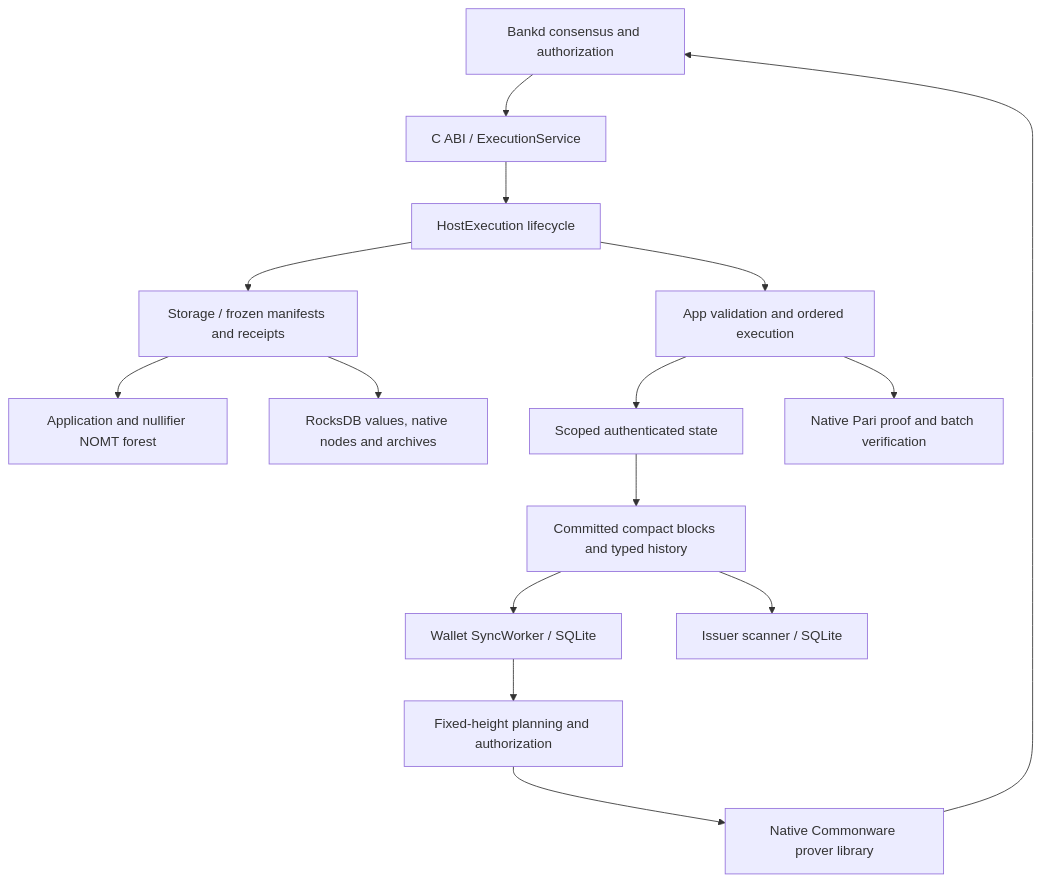
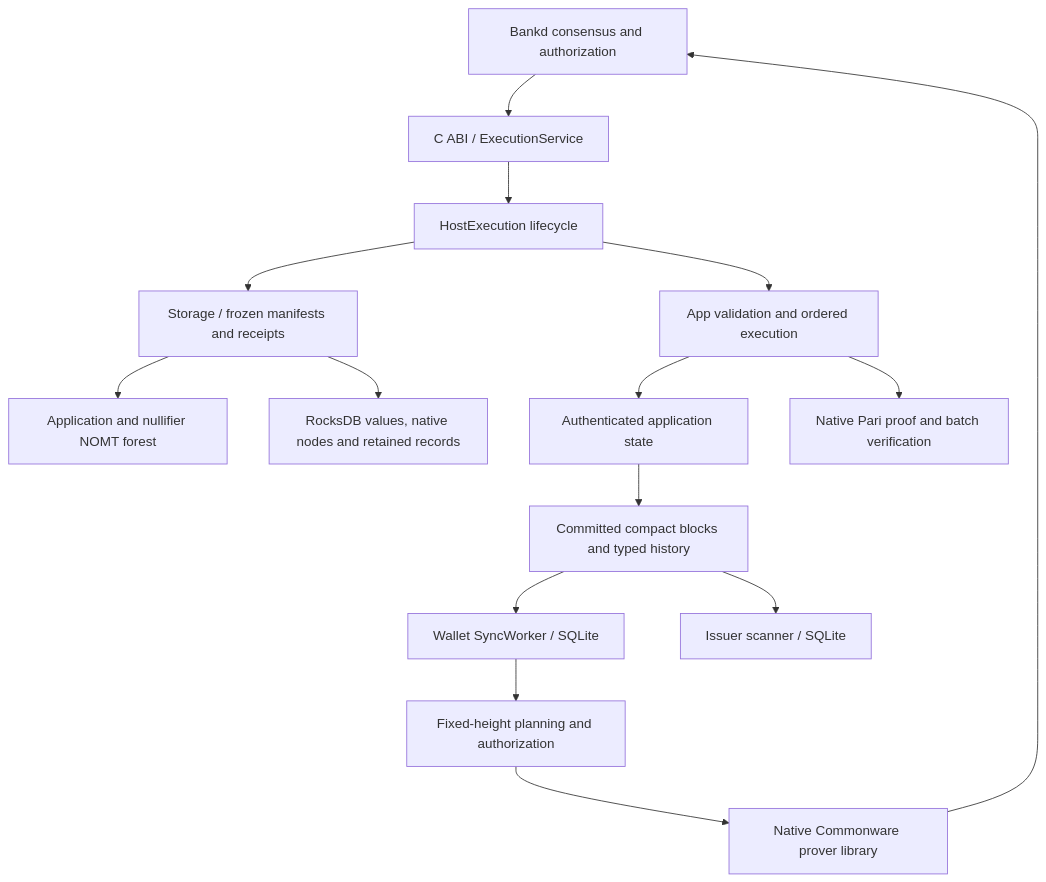
Before and after one commit to mizufinance/shieldd: the diagram in docs/architecture.md, drawn with Mermaid. The commit also changed other lines of this file and 20 other files, not shown here.

````diff
--- a/docs/architecture.md
+++ b/docs/architecture.md
@@ -3,17 +3,17 @@
 ```mermaid
 flowchart TD
     Bankd[Bankd consensus and authorization] --> ABI[C ABI / ExecutionService]
     ABI --> Host[HostExecution lifecycle]
     Host --> Writer[Storage / frozen manifests and receipts]
     Writer --> NOMT[Application and nullifier NOMT forest]
-    Writer --> Raw[RocksDB values, native nodes and archives]
+    Writer --> Raw[RocksDB values, native nodes and retained records]
     Host --> App[App validation and ordered execution]
-    App --> State[Scoped authenticated state]
+    App --> State[Authenticated application state]
     App --> Proofs[Native Pari proof and batch verification]
     State --> Blocks[Committed compact blocks and typed history]
     Blocks --> Wallet[Wallet SyncWorker / SQLite]
     Blocks --> Scanner[Issuer scanner / SQLite]
     Wallet --> Plan[Fixed-height planning and authorization]
     Plan --> Prover[Native Commonware prover library]
     Prover --> Bankd
 ```
````
